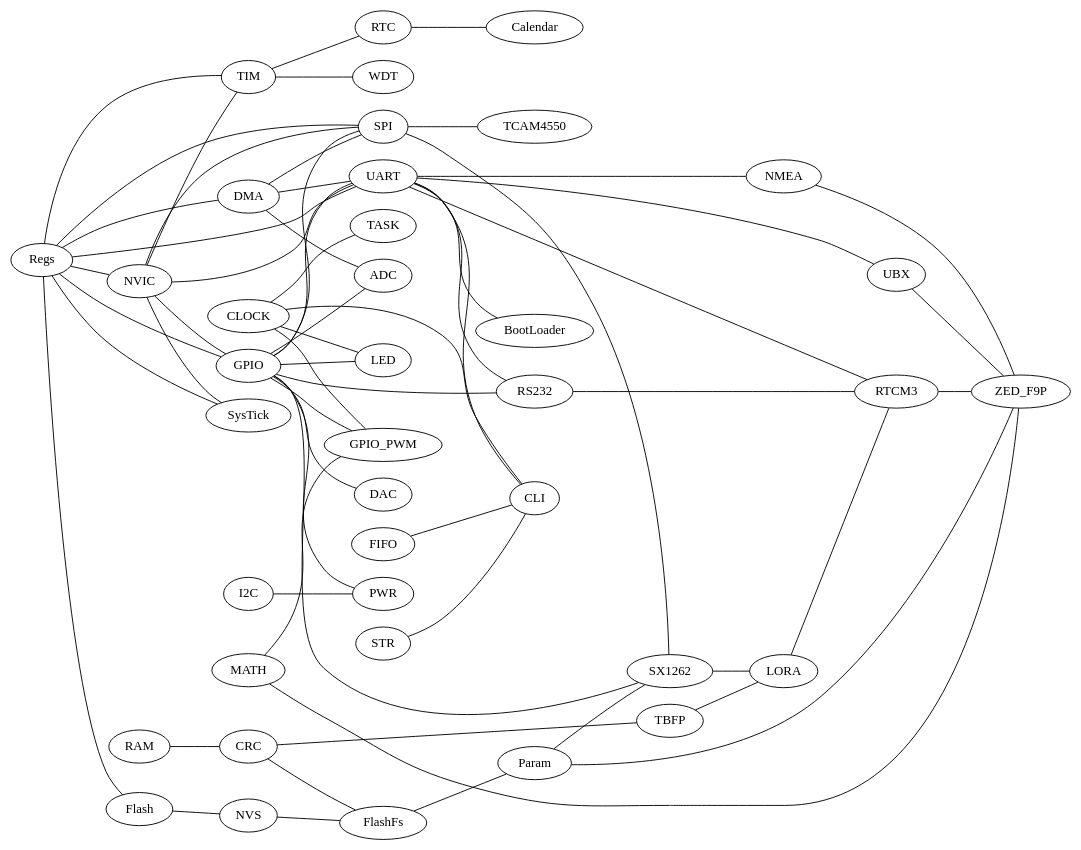
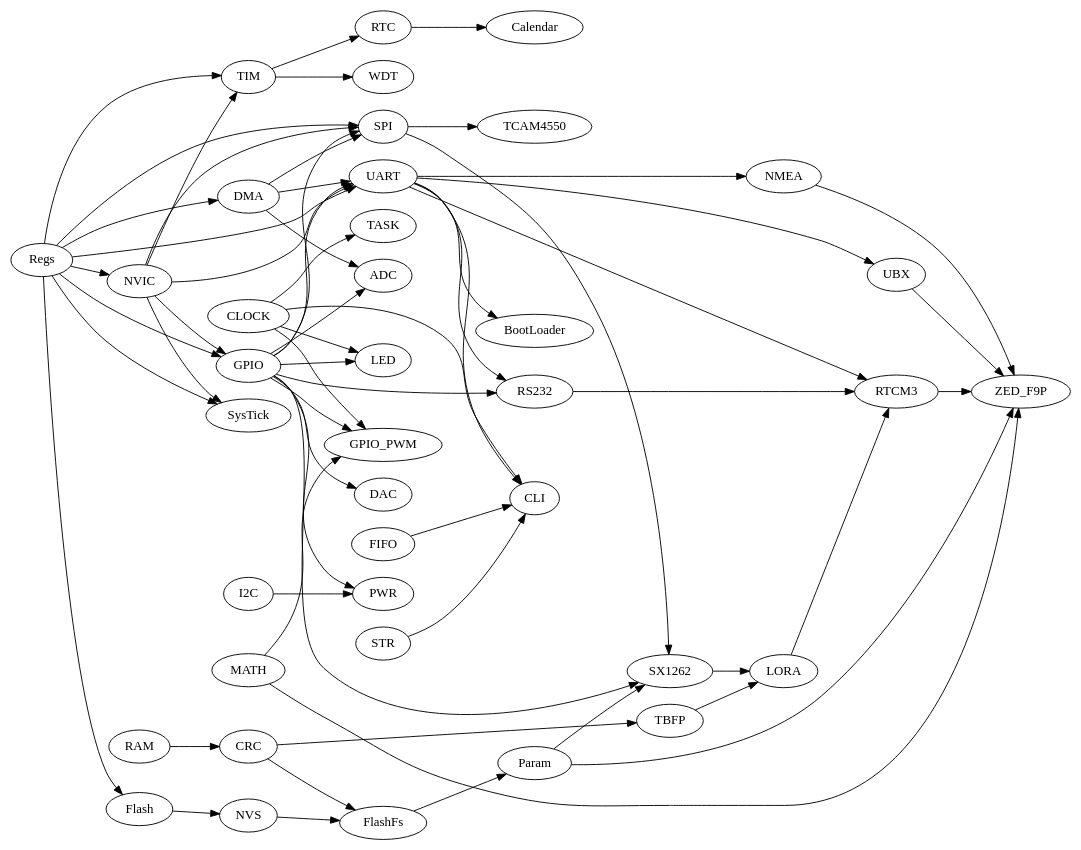
Before and after one commit to aabzel/ti_mcu_code_base: the diagram in docs/dependencies.dot, drawn with Graphviz. The commit also changed 2 other files, not shown here.

Commit message:
+dependencies graph

```diff
--- a/docs/dependencies.dot
+++ b/docs/dependencies.dot
@@ -1,63 +1,63 @@
-graph graphname {
+digraph graphname {
     rankdir=LR;
-    CLOCK--CLI;
-    CLOCK--GPIO_PWM
-    CLOCK--LED;
-    CLOCK--TASK;
-    CRC--FlashFs;
-    CRC--TBFP;
-    DMA--SPI;
-    DMA--UART;
-    DMA--ADC;
-    FIFO--CLI;
-    Flash--NVS;
-    FlashFs--Param;
-    GPIO--SPI;
-    GPIO--UART;
-    GPIO--ADC;
-    GPIO--DAC;
-    GPIO--GPIO_PWM;
-    GPIO--LED;
-    GPIO--PWR;
-    GPIO--RS232;
-    GPIO--SX1262;
-    I2C--PWR;
-    LORA--RTCM3;
-    MATH--GPIO_PWM;
-    MATH--ZED_F9P;
-    NMEA--ZED_F9P;
-    NVIC--SPI;
-    NVIC--UART;
-    NVIC--SysTick;
-    NVIC--TIM;
-    NVIC--GPIO;
-    NVS--FlashFs;
-    Param--SX1262;
-    Param--ZED_F9P;
-    RAM--CRC;
-    RS232--RTCM3;
-    RTC--Calendar;
-    RTCM3--ZED_F9P;
-    Regs--SPI;
-    Regs--UART;
-    Regs--DMA;
-    Regs--Flash;
-    Regs--GPIO;
-    Regs--NVIC;
-    Regs--SysTick;
-    Regs--TIM;
-    SPI--SX1262;
-    SPI--TCAM4550;
-    STR--CLI;
-    SX1262--LORA;
-    TBFP--LORA;
-    TIM--RTC;
-    TIM--WDT;
-    UART--BootLoader;
-    UART--CLI;
-    UART--NMEA;
-    UART--RS232;
-    UART--RTCM3;
-    UART--UBX;
-    UBX--ZED_F9P;
+    CLOCK->CLI;
+    CLOCK->GPIO_PWM
+    CLOCK->LED;
+    CLOCK->TASK;
+    CRC->FlashFs;
+    CRC -> TBFP;
+    DMA->SPI;
+    DMA->UART;
+    DMA->ADC;
+    FIFO->CLI;
+    Flash->NVS;
+    FlashFs->Param;
+    GPIO->SPI;
+    GPIO->UART;
+    GPIO->ADC;
+    GPIO->DAC;
+    GPIO->GPIO_PWM;
+    GPIO->LED;
+    GPIO->PWR;
+    GPIO->RS232;
+    GPIO->SX1262;
+    I2C->PWR;
+    LORA->RTCM3;
+    MATH->GPIO_PWM;
+    MATH->ZED_F9P;
+    NMEA->ZED_F9P;
+    NVIC->SPI;
+    NVIC->UART;
+    NVIC->SysTick;
+    NVIC->TIM;
+    NVIC->GPIO;
+    NVS->FlashFs;
+    Param->SX1262;
+    Param->ZED_F9P;
+    RAM->CRC;
+    RS232->RTCM3;
+    RTC->Calendar;
+    RTCM3->ZED_F9P;
+    Regs->SPI;
+    Regs->UART;
+    Regs->DMA;
+    Regs->Flash;
+    Regs->GPIO;
+    Regs->NVIC;
+    Regs->SysTick;
+    Regs->TIM;
+    SPI->SX1262;
+    SPI->TCAM4550;
+    STR->CLI;
+    SX1262->LORA;
+    TBFP->LORA;
+    TIM->RTC;
+    TIM->WDT;
+    UART->BootLoader;
+    UART->CLI;
+    UART->NMEA;
+    UART->RS232;
+    UART->RTCM3;
+    UART->UBX;
+    UBX->ZED_F9P;
 }
```
